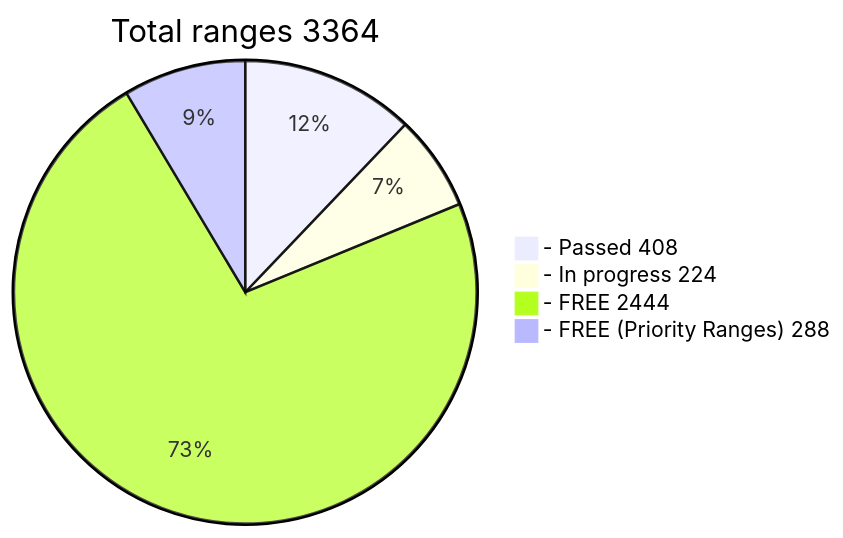
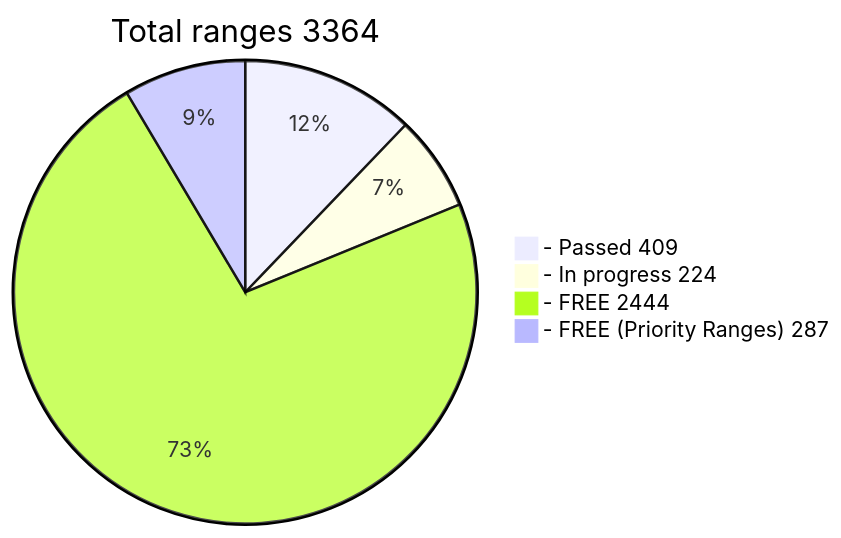
One commit to phrutis/wif500 changed the diagram in README.md. Above: the diagram before and after it, drawn with Mermaid.

````diff
--- a/README.md
+++ b/README.md
@@ -16,7 +16,7 @@
 ```mermaid
 pie title Total ranges 3364
-  "- Passed 408" : 408
+  "- Passed 409" : 409
   "- In progress 224" : 224
   "- FREE 2444" : 2444
-  "- FREE (Priority Ranges) 288" : 288
+  "- FREE (Priority Ranges) 287" : 287
 ```
````
